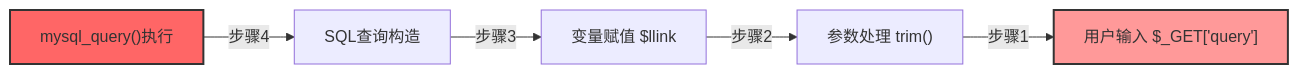
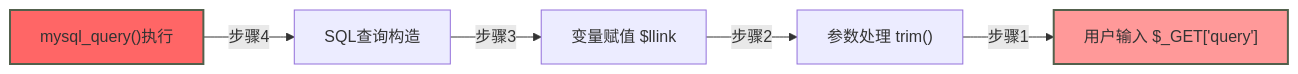
One commit to yaklang/ssa.to changed the third of 5 diagrams in syntaxflow-guide/advanced/advanced-analyzing-dataflow.mdx. Above: the diagram before and after it, drawn with Mermaid. The commit also changed other lines of this file and 91 other files, not shown here.

````diff
--- a/syntaxflow-guide/advanced/advanced-analyzing-dataflow.mdx
+++ b/syntaxflow-guide/advanced/advanced-analyzing-dataflow.mdx
@@ -101,10 +108,10 @@
 ```mermaid
 graph LR
     E["mysql_query()执行"] -->|"步骤4"| D["SQL查询构造"]
     D -->|"步骤3"| C["变量赋值 $llink"]
     C -->|"步骤2"| B["参数处理 trim()"]
     B -->|"步骤1"| A["用户输入 $_GET['query']"]
     
-    style E fill:#f66,stroke:#333,stroke-width:2px
-    style A fill:#f99,stroke:#333,stroke-width:2px
+    style E fill:#f66,stroke:#52604c,stroke-width:2px
+    style A fill:#f99,stroke:#52604c,stroke-width:2px
 ```
````
